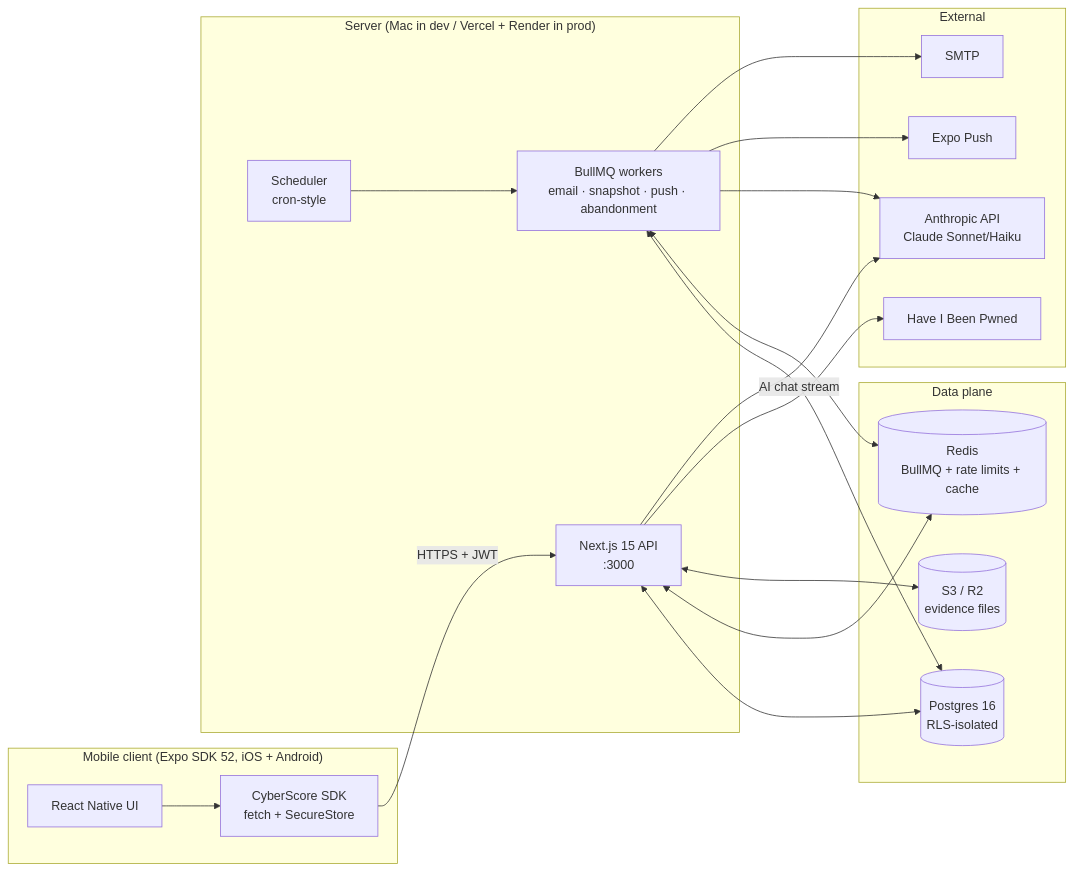
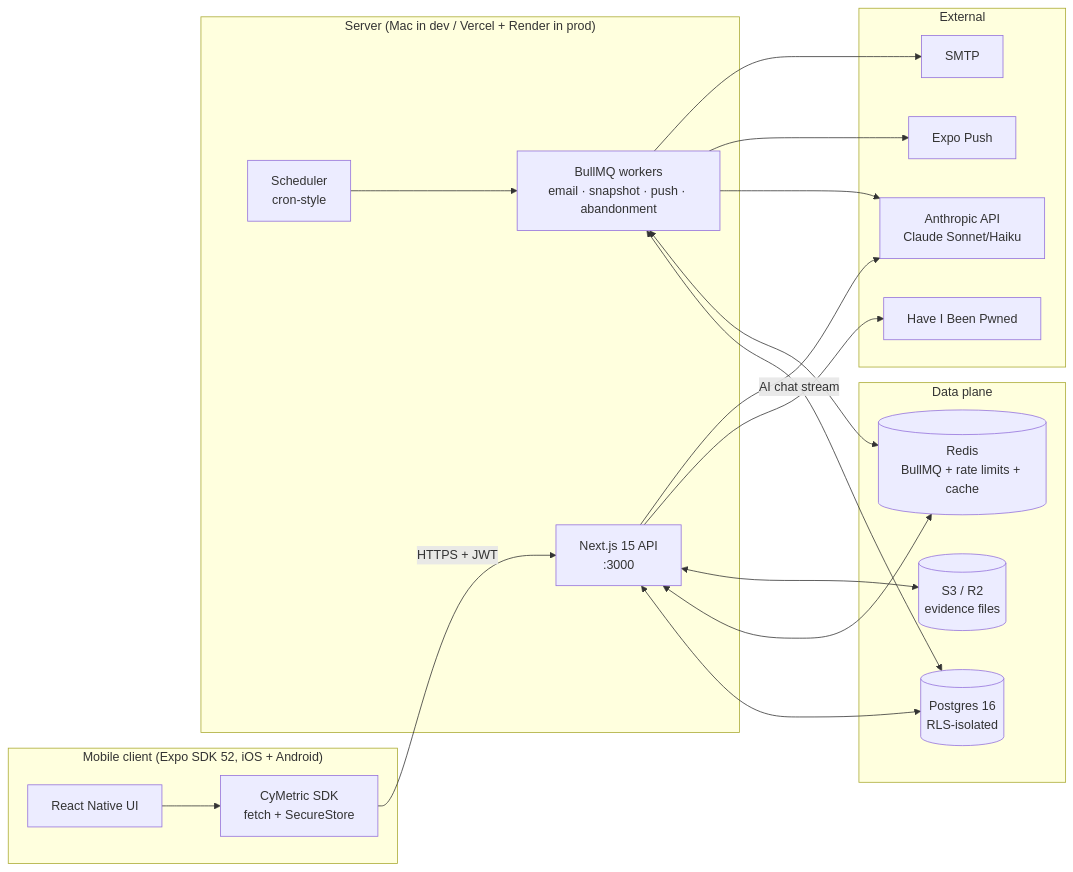
The first of 2 diagrams in docs/architecture.md (saanvivishal/cyberscore), drawn with Mermaid before and after one commit. The commit also changed other lines of this file and 116 other files, not shown here.

````diff
--- a/docs/architecture.md
+++ b/docs/architecture.md
@@ -11,40 +11,40 @@
 ```mermaid
 flowchart LR
   subgraph Client["Mobile client (Expo SDK 52, iOS + Android)"]
     M[React Native UI]
-    SDK[CyberScore SDK<br/>fetch + SecureStore]
+    SDK[CyMetric SDK<br/>fetch + SecureStore]
     M --> SDK
   end
 
   subgraph Server["Server (Mac in dev / Vercel + Render in prod)"]
     API[Next.js 15 API<br/>:3000]
     WORKER[BullMQ workers<br/>email · snapshot · push · abandonment]
     SCHED[Scheduler<br/>cron-style]
   end
 
   subgraph Data["Data plane"]
     PG[(Postgres 16<br/>RLS-isolated)]
     REDIS[(Redis<br/>BullMQ + rate limits + cache)]
     R2[(S3 / R2<br/>evidence files)]
   end
 
   subgraph Ext["External"]
     ANT[Anthropic API<br/>Claude Sonnet/Haiku]
     EXPO[Expo Push]
     SMTP[SMTP]
     HIBP[Have I Been Pwned]
   end
 
   SDK -- HTTPS + JWT --> API
   API <--> PG
   API <--> REDIS
   API <--> R2
   API --> HIBP
   WORKER <--> PG
   WORKER <--> REDIS
   WORKER --> ANT
   WORKER --> EXPO
   WORKER --> SMTP
   SCHED --> WORKER
   API -- AI chat stream --> ANT
 ```
````
